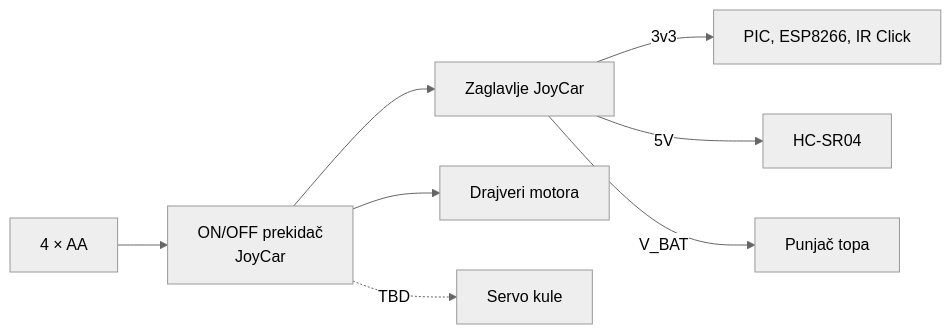
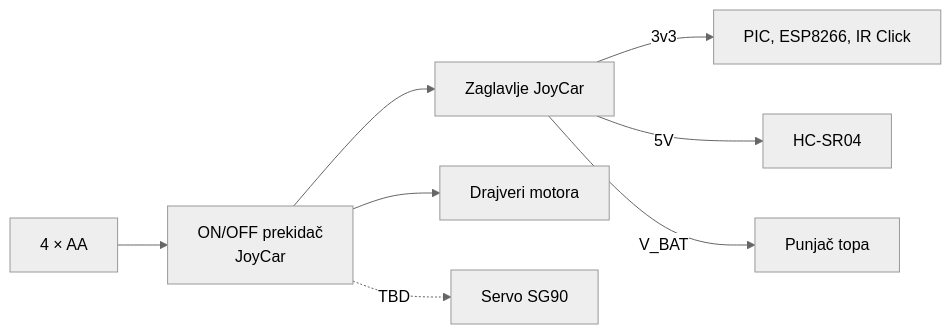
The second of 2 diagrams in docs/architecture/hardware.md (lukavidic/Vihor), drawn with Mermaid (neutral theme) before and after one commit. The commit also changed other lines of this file, not shown here.

Commit message:
Servo SG90 (v0.4)

````diff
--- a/docs/architecture/hardware.md
+++ b/docs/architecture/hardware.md
@@ -86,10 +86,10 @@
 ```mermaid
 flowchart LR
     B["4 × AA"] --> S["ON/OFF prekidač<br/>JoyCar"]
     S --> H["Zaglavlje JoyCar"]
     H -->|3v3| L["PIC, ESP8266, IR Click"]
     H -->|5V| U["HC-SR04"]
     H -->|V_BAT| T["Punjač topa"]
     S --> M["Drajveri motora"]
-    S -.->|"TBD"| SV["Servo kule"]
+    S -.->|"TBD"| SV["Servo SG90"]
 ```
````
